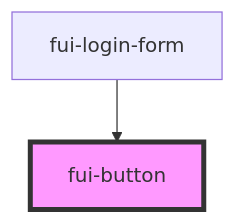
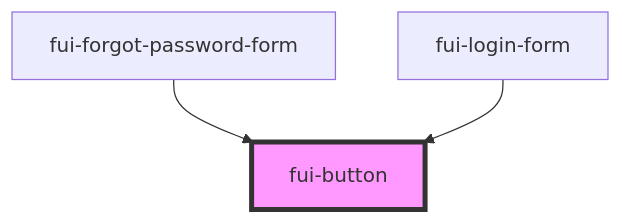
The diagram in packages/firebaseui-stencil/src/components/fui-button/readme.md (invertase/firebaseui-web), drawn with Mermaid before and after one commit. The commit also changed other lines of this file and 33 other files, not shown here.

````diff
--- a/packages/firebaseui-stencil/src/components/fui-button/readme.md
+++ b/packages/firebaseui-stencil/src/components/fui-button/readme.md
@@ -33,5 +31,6 @@
 ```mermaid
 graph TD;
+  fui-forgot-password-form --> fui-button
   fui-login-form --> fui-button
   style fui-button fill:#f9f,stroke:#333,stroke-width:4px
 ```
````
